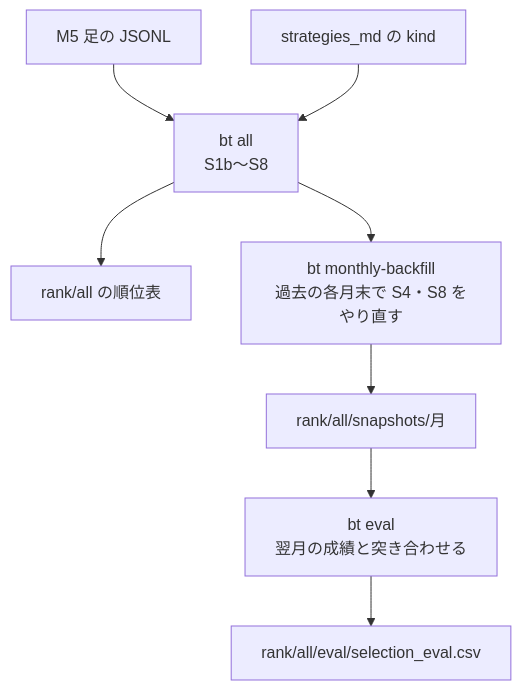
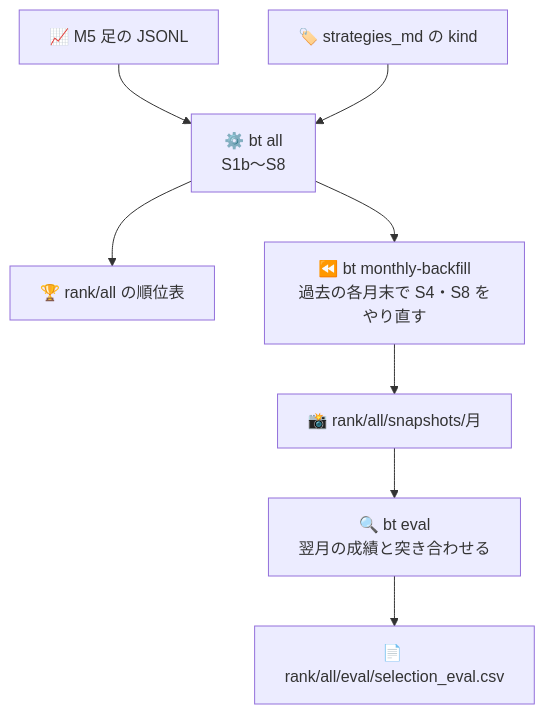
Before and after one commit to yktsnet/bt-lab: the first of 2 diagrams in docs/overview.md, drawn with Mermaid. The commit also changed other lines of this file, not shown here.

Commit message:
docs: Mermaid の各ノードに絵文字を置く (#20)

````diff
--- a/docs/overview.md
+++ b/docs/overview.md
@@ -17,10 +17,10 @@
 ```mermaid
 flowchart TD
-  D[M5 足の JSONL] --> ALL[bt all<br/>S1b〜S8]
-  K[strategies_md の kind] --> ALL
-  ALL --> R[rank/all の順位表]
-  ALL --> BF[bt monthly-backfill<br/>過去の各月末で S4・S8 をやり直す]
-  BF --> SN[rank/all/snapshots/月]
-  SN --> EV[bt eval<br/>翌月の成績と突き合わせる]
-  EV --> E[rank/all/eval/selection_eval.csv]
+  D[📈 M5 足の JSONL] --> ALL[⚙️ bt all<br/>S1b〜S8]
+  K[🏷️ strategies_md の kind] --> ALL
+  ALL --> R[🏆 rank/all の順位表]
+  ALL --> BF[⏪ bt monthly-backfill<br/>過去の各月末で S4・S8 をやり直す]
+  BF --> SN[📸 rank/all/snapshots/月]
+  SN --> EV[🔍 bt eval<br/>翌月の成績と突き合わせる]
+  EV --> E[📄 rank/all/eval/selection_eval.csv]
 ```
````
